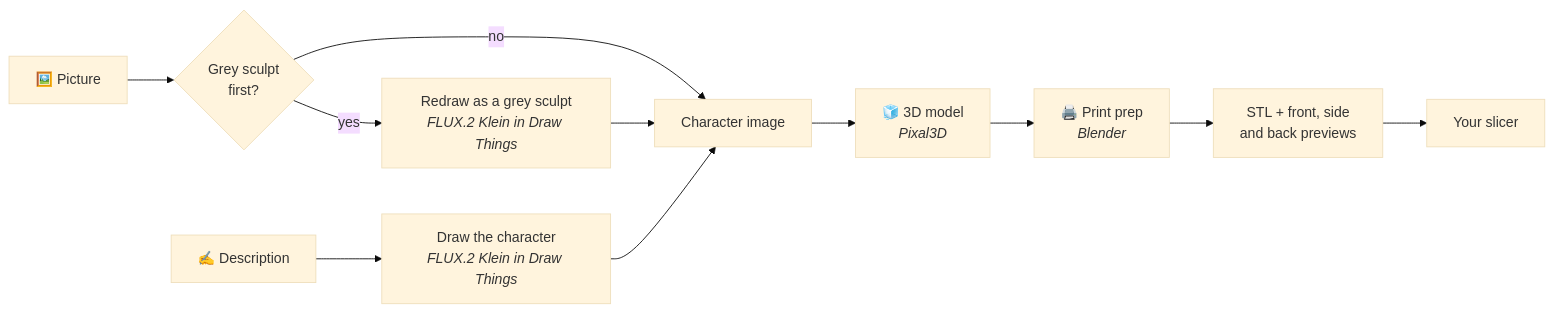
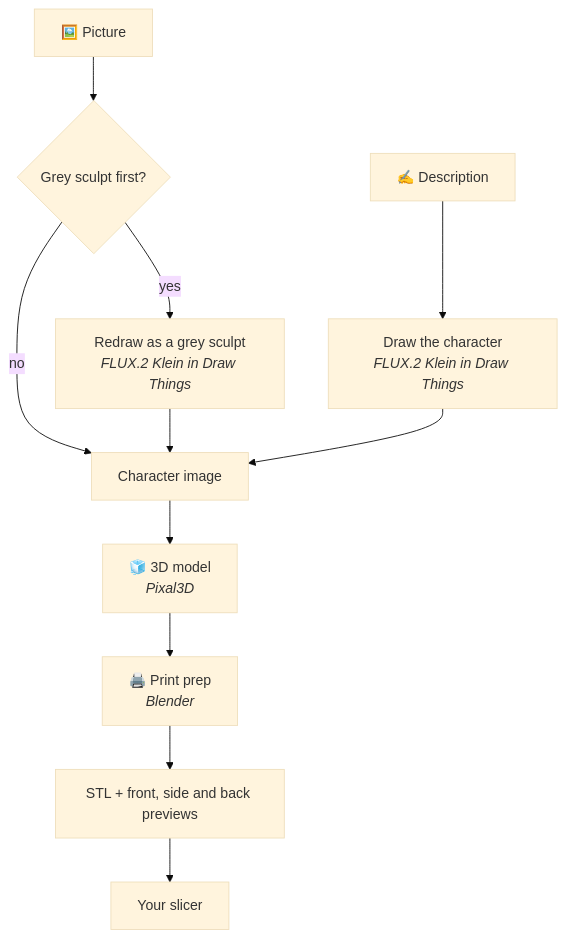
Before and after one commit to yonatankarp/mimic: the diagram in README.md, drawn with Mermaid (base theme).

Commit message:
README: lay the How it works diagram out top-down so GitHub doesn't shrink it

````diff
--- a/README.md
+++ b/README.md
@@ -83,13 +83,13 @@
 ```mermaid
-flowchart LR
-  pic["🖼️ Picture"] --> choice{"Grey sculpt<br/>first?"}
+flowchart TD
+  pic["🖼️ Picture"] --> choice{"Grey sculpt first?"}
+  text["✍️ Description"] --> draw["Draw the character<br/><i>FLUX.2 Klein in Draw Things</i>"]
   choice -- yes --> redraw["Redraw as a grey sculpt<br/><i>FLUX.2 Klein in Draw Things</i>"]
   choice -- no --> image
   redraw --> image["Character image"]
-  text["✍️ Description"] --> draw["Draw the character<br/><i>FLUX.2 Klein in Draw Things</i>"]
   draw --> image
   image --> mesh["🧊 3D model<br/><i>Pixal3D</i>"]
   mesh --> prep["🖨️ Print prep<br/><i>Blender</i>"]
-  prep --> out["STL + front, side<br/>and back previews"]
+  prep --> out["STL + front, side and back previews"]
   out --> slicer["Your slicer"]
 ```
````
